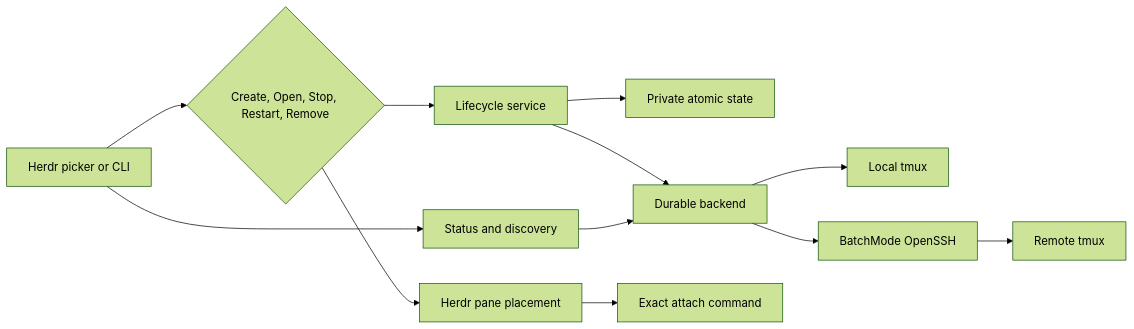
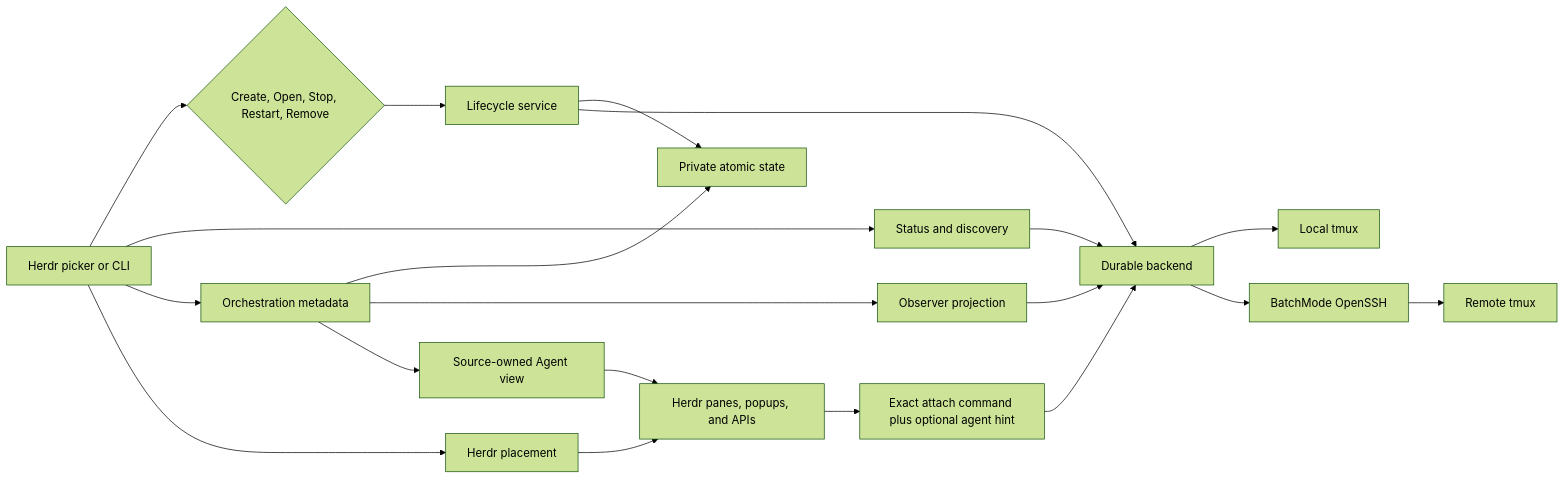
The diagram in docs/architecture.md (moneycaringcoder/herdr-tether), drawn with Mermaid (forest theme) before and after one commit. The commit also changed other lines of this file and 8 other files, not shown here.

````diff
--- a/docs/architecture.md
+++ b/docs/architecture.md
@@ -9,14 +9,22 @@
 ```mermaid
 flowchart LR
     UI[Herdr picker or CLI] --> Intent{Create, Open, Stop, Restart, Remove}
     UI --> Observe[Status and discovery]
+    UI --> Groups[Orchestration metadata]
     Intent --> Life[Lifecycle service]
     Life --> State[Private atomic state]
     Life --> Backend[Durable backend]
     Observe --> Backend
+    Groups --> State
+    Groups --> Observer[Observer projection]
+    Observer --> Backend
     Backend --> Local[Local tmux]
     Backend --> SSH[BatchMode OpenSSH]
     SSH --> Remote[Remote tmux]
-    Intent --> Place[Herdr pane placement]
-    Place --> Attach[Exact attach command]
+    UI --> Place[Herdr placement]
+    Place --> Herdr[Herdr panes, popups, and APIs]
+    Herdr --> Attach[Exact attach command plus optional agent hint]
+    Attach --> Backend
+    Groups --> AgentView[Source-owned Agent view]
+    AgentView --> Herdr
 ```
````
